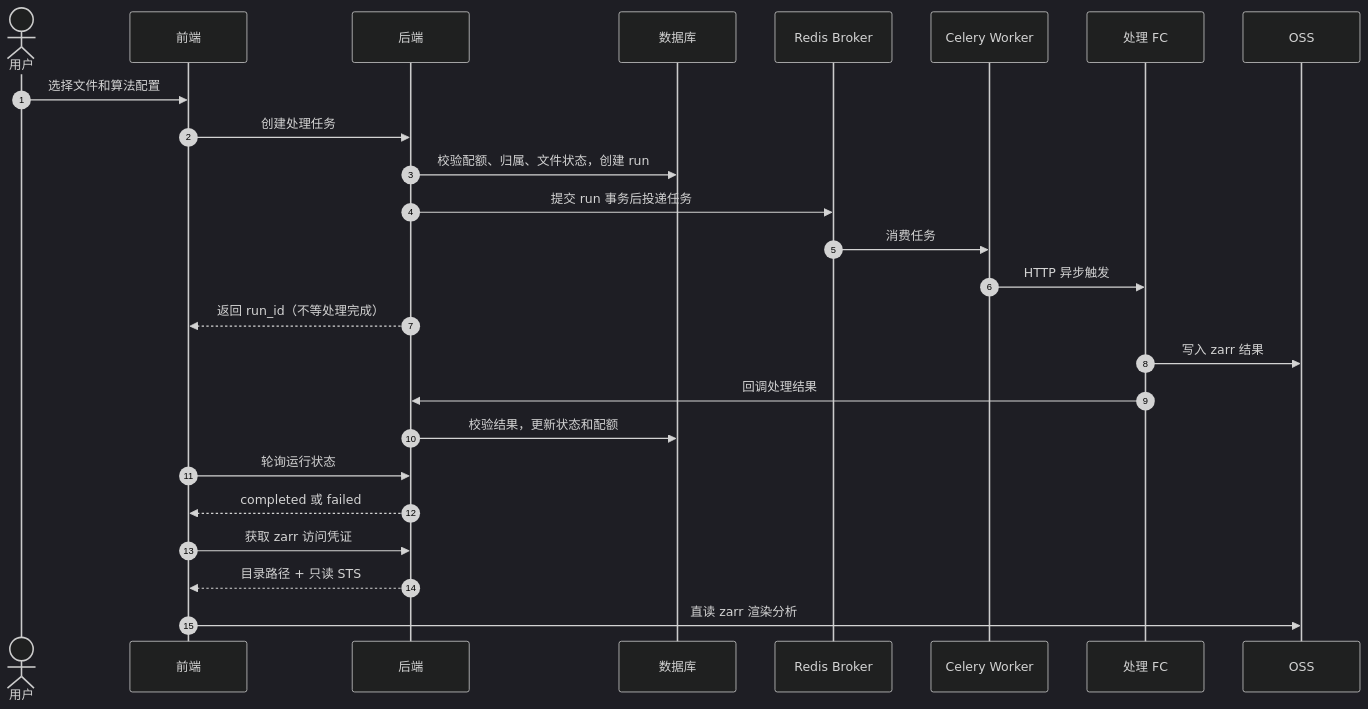
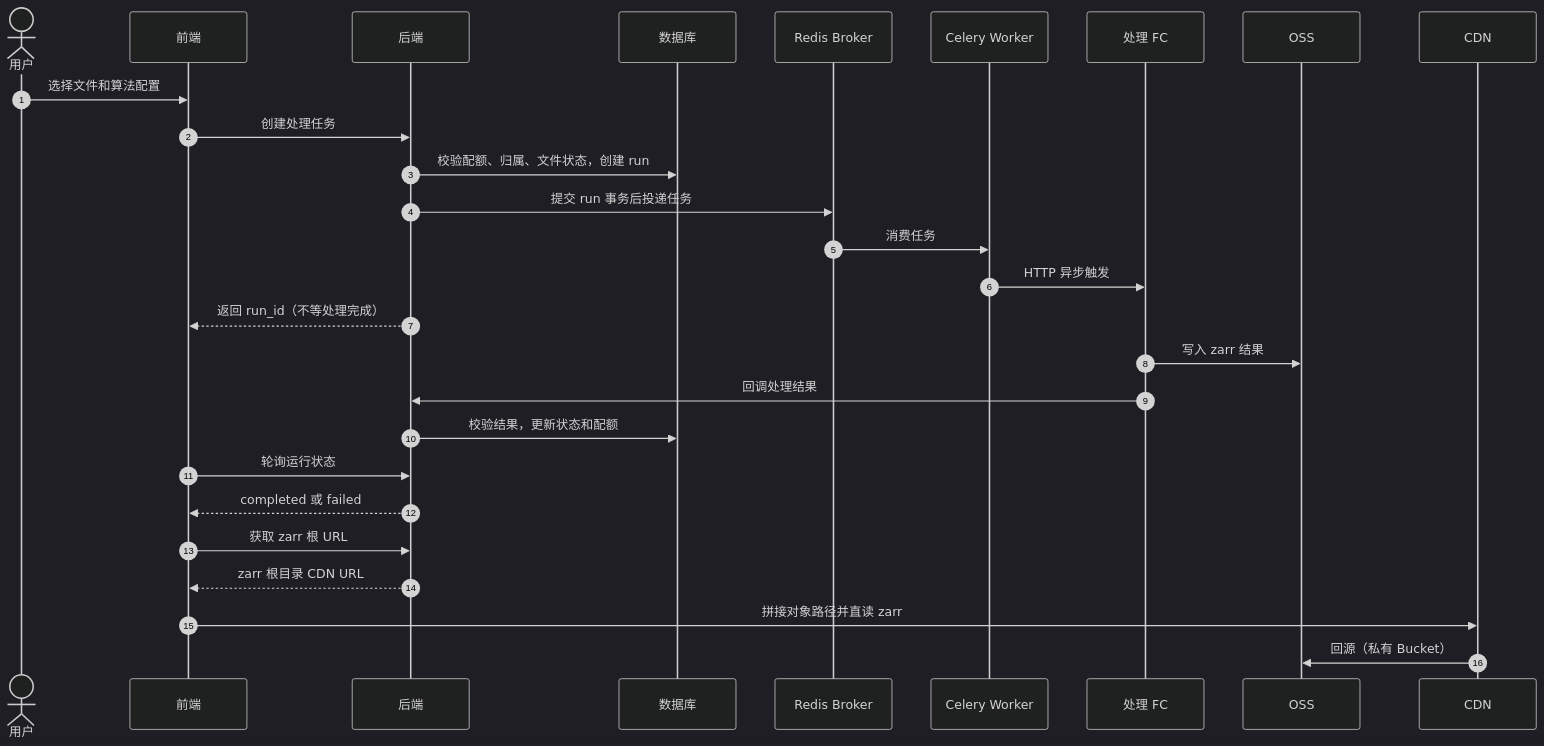
Before and after one commit to NeoNexusX/Kawaru: the second of 3 diagrams in docs/zh/核心业务API架构-算法处理.md, drawn with Mermaid (dark theme). The commit also changed other lines of this file and 16 other files, not shown here.

Commit message:
feat: zarr 访问改为返回 CDN 根目录 URL，新增 oss_zarr_cdn_domain 配置并移除 zarr 专用 STS 签发逻辑

````diff
--- a/docs/zh/核心业务API架构-算法处理.md
+++ b/docs/zh/核心业务API架构-算法处理.md
@@ -67,28 +68,30 @@
 ```mermaid
 sequenceDiagram
     autonumber
     actor User as 用户
     participant FE as 前端
     participant API as 后端
     participant DB as 数据库
     participant Broker as Redis Broker
     participant Worker as Celery Worker
     participant FC as 处理 FC
     participant OSS as OSS
+    participant CDN as CDN
 
     User->>FE: 选择文件和算法配置
     FE->>API: 创建处理任务
     API->>DB: 校验配额、归属、文件状态，创建 run
     API->>Broker: 提交 run 事务后投递任务
     Broker->>Worker: 消费任务
     Worker->>FC: HTTP 异步触发
     API-->>FE: 返回 run_id（不等处理完成）
     FC->>OSS: 写入 zarr 结果
     FC->>API: 回调处理结果
     API->>DB: 校验结果，更新状态和配额
     FE->>API: 轮询运行状态
     API-->>FE: completed 或 failed
-    FE->>API: 获取 zarr 访问凭证
-    API-->>FE: 目录路径 + 只读 STS
-    FE->>OSS: 直读 zarr 渲染分析
+    FE->>API: 获取 zarr 根 URL
+    API-->>FE: zarr 根目录 CDN URL
+    FE->>CDN: 拼接对象路径并直读 zarr
+    CDN->>OSS: 回源（私有 Bucket）
 ```
````
